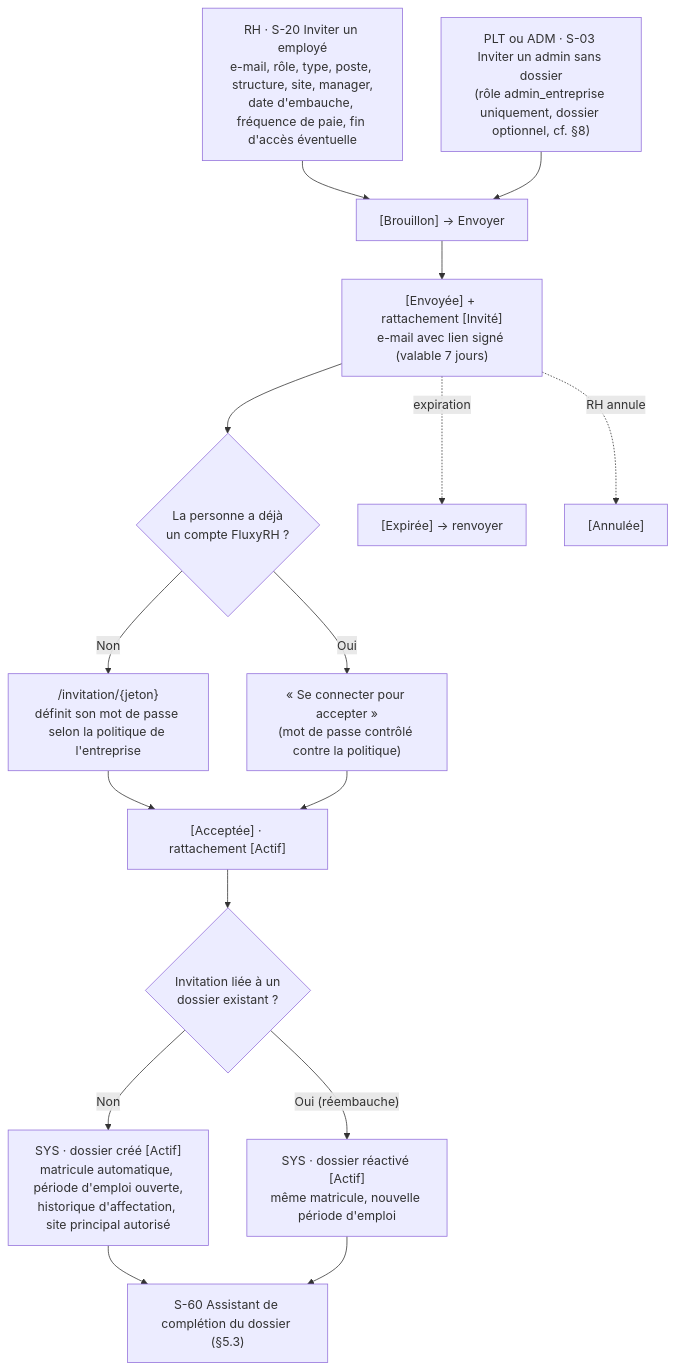
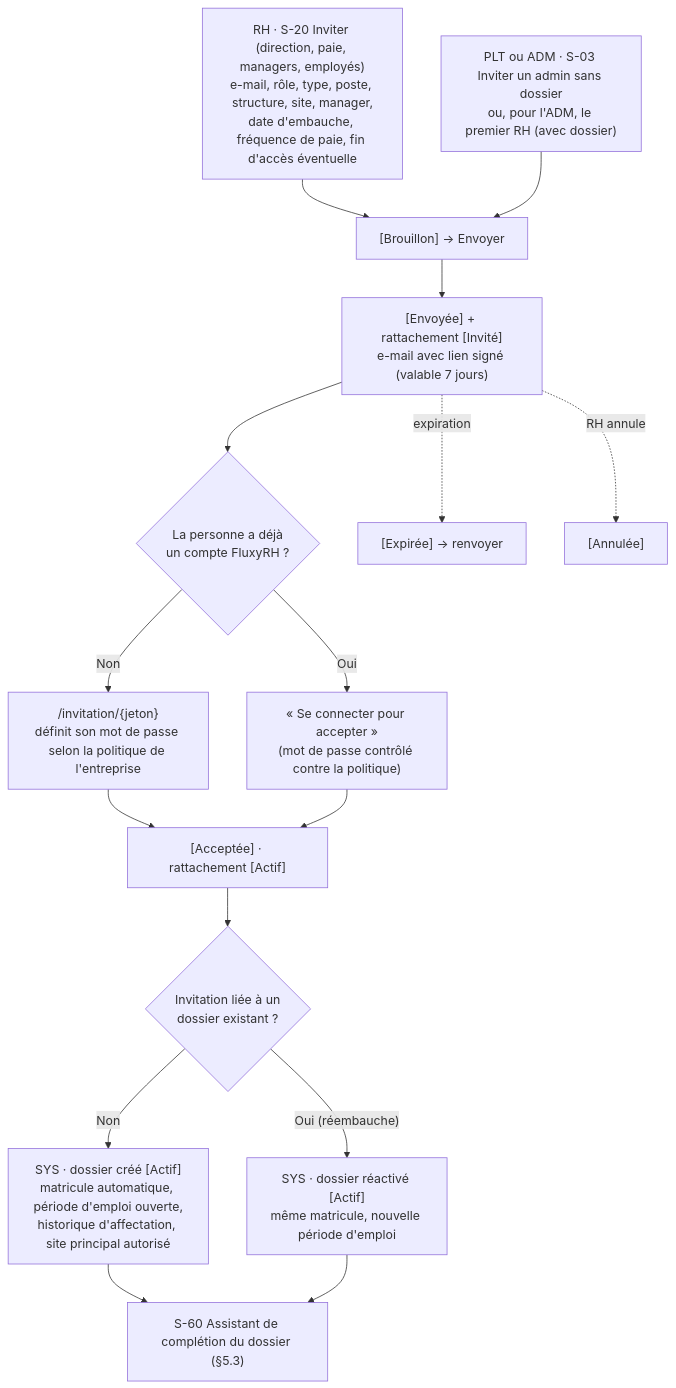
The second of 21 diagrams in 01-specifications/APPFLOW.md (riyadaOne/fluxyrh-docs), drawn with Mermaid before and after one commit. The commit also changed other lines of this file and 21 other files, not shown here.

````diff
--- a/01-specifications/APPFLOW.md
+++ b/01-specifications/APPFLOW.md
@@ -103,18 +104,18 @@
 ```mermaid
 flowchart TD
-    A["RH · S-20 Inviter un employé<br/>e-mail, rôle, type, poste, structure, site, manager,<br/>date d'embauche, fréquence de paie, fin d'accès éventuelle"] --> B["[Brouillon] → Envoyer"]
-    A2["PLT ou ADM · S-03 Inviter un admin sans dossier<br/>(rôle admin_entreprise uniquement, dossier optionnel, cf. §8)"] --> B
+    A["RH · S-20 Inviter (direction, paie, managers, employés)<br/>e-mail, rôle, type, poste, structure, site, manager,<br/>date d'embauche, fréquence de paie, fin d'accès éventuelle"] --> B["[Brouillon] → Envoyer"]
+    A2["PLT ou ADM · S-03 Inviter un admin sans dossier<br/>ou, pour l'ADM, le premier RH (avec dossier)"] --> B
     B --> C["[Envoyée] + rattachement [Invité]<br/>e-mail avec lien signé (valable 7 jours)"]
     C --> D{La personne a déjà<br/>un compte FluxyRH ?}
     D -- Non --> E["/invitation/{jeton}<br/>définit son mot de passe selon la politique de l'entreprise"]
     D -- Oui --> F["« Se connecter pour accepter »<br/>(mot de passe contrôlé contre la politique)"]
     E --> G["[Acceptée] · rattachement [Actif]"]
     F --> G
     G --> H{Invitation liée à un<br/>dossier existant ?}
     H -- Non --> I["SYS · dossier créé [Actif]<br/>matricule automatique, période d'emploi ouverte,<br/>historique d'affectation, site principal autorisé"]
     H -- Oui (réembauche) --> J["SYS · dossier réactivé [Actif]<br/>même matricule, nouvelle période d'emploi"]
     I --> K["S-60 Assistant de complétion du dossier (§5.3)"]
     J --> K
     C -. expiration .-> X["[Expirée] → renvoyer"]
     C -. RH annule .-> Y["[Annulée]"]
 ```
````
